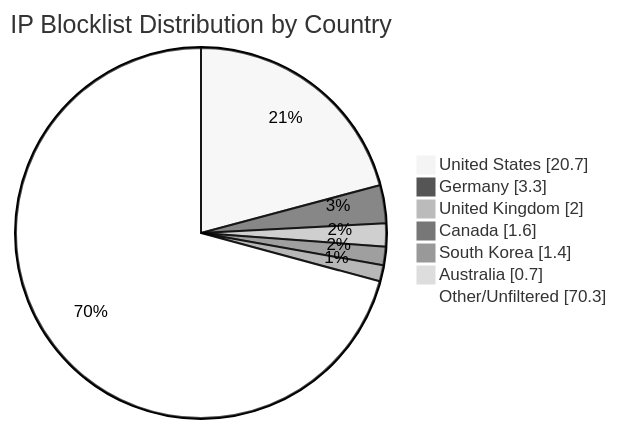
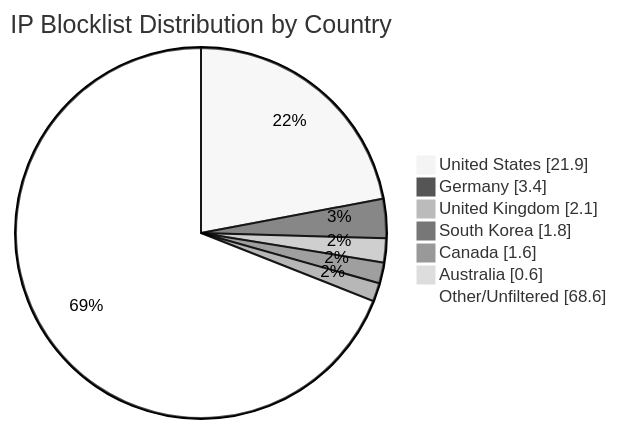
Before and after one commit to MarcusHoltz/ipblocklist-geofiltered-aggregator: the diagram in README.md, drawn with Mermaid (neutral theme). The commit also changed other lines of this file and 9 other files, not shown here.

````diff
--- a/README.md
+++ b/README.md
@@ -34,10 +34,10 @@
 ```mermaid
 pie showData title IP Blocklist Distribution by Country
-"United States" : 20.7
-"Germany" : 3.3
-"United Kingdom" : 2.0
+"United States" : 21.9
+"Germany" : 3.4
+"United Kingdom" : 2.1
+"South Korea" : 1.8
 "Canada" : 1.6
-"South Korea" : 1.4
-"Australia" : 0.7
-"Other/Unfiltered" : 70.3
+"Australia" : 0.6
+"Other/Unfiltered" : 68.6
 ```
````
